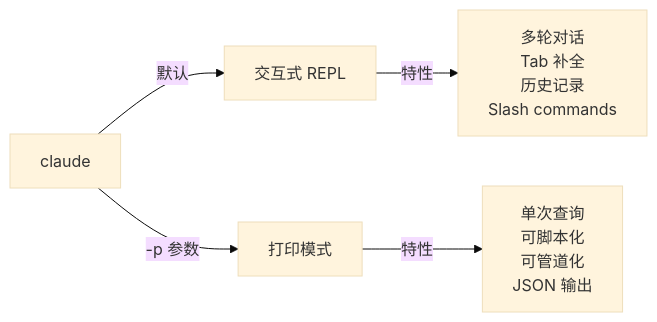
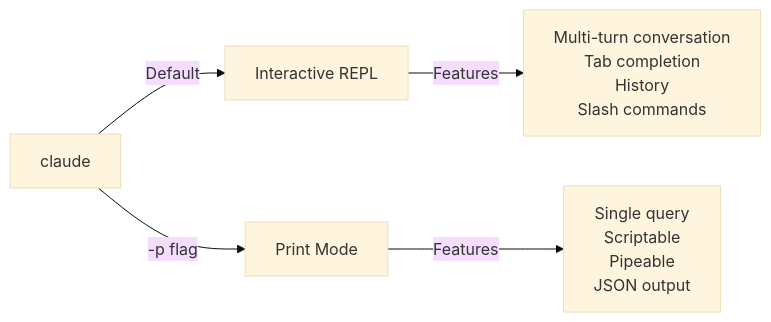
Before and after one commit to tanqingkuang/claude-howto: the second of 2 diagrams in 10-cli/README-CN.md, drawn with Mermaid (base theme). The commit also changed other lines of this file and 84 other files, not shown here.

````diff
--- a/10-cli/README-CN.md
+++ b/10-cli/README-CN.md
@@ -76,7 +76,7 @@
 ```mermaid
 graph LR
-    A["claude"] -->|默认| B["交互式 REPL"]
-    A -->|"-p 参数"| C["打印模式"]
-    B -->|特性| D["多轮对话<br>Tab 补全<br>历史记录<br>Slash commands"]
-    C -->|特性| E["单次查询<br>可脚本化<br>可管道化<br>JSON 输出"]
+    A["claude"] -->|Default| B["Interactive REPL"]
+    A -->|"-p flag"| C["Print Mode"]
+    B -->|Features| D["Multi-turn conversation<br>Tab completion<br>History<br>Slash commands"]
+    C -->|Features| E["Single query<br>Scriptable<br>Pipeable<br>JSON output"]
 ```
````
